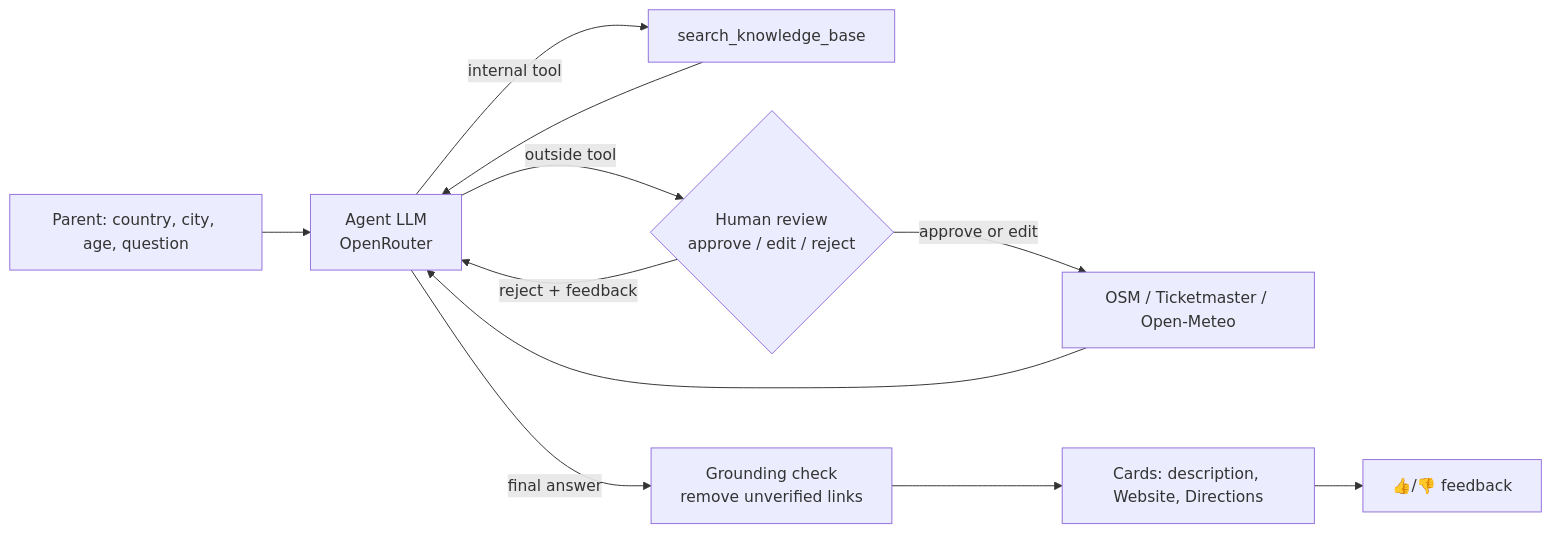
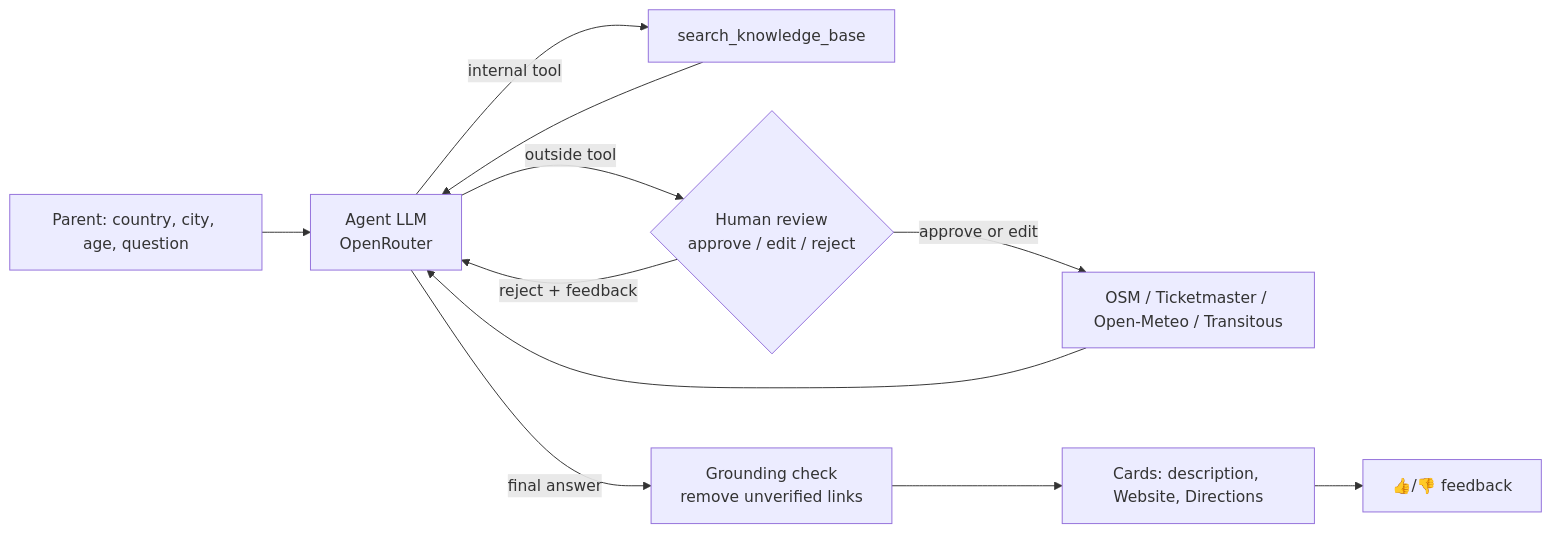
The diagram in README.md (NMH1988/kids-events-finder), drawn with Mermaid before and after one commit. The commit also changed other lines of this file and 43 other files, not shown here.

````diff
--- a/README.md
+++ b/README.md
@@ -28,13 +39,13 @@
 ```mermaid
 flowchart LR
     U[Parent: country, city, age, question] --> A[Agent LLM<br/>OpenRouter]
     A -->|internal tool| KB[search_knowledge_base]
     A -->|outside tool| H{Human review<br/>approve / edit / reject}
-    H -->|approve or edit| T[OSM / Ticketmaster / Open-Meteo]
+    H -->|approve or edit| T[OSM / Ticketmaster / Open-Meteo / Transitous]
     H -->|reject + feedback| A
     KB --> A
     T --> A
     A -->|final answer| G[Grounding check<br/>remove unverified links]
     G --> R[Cards: description, Website, Directions]
     R --> F[👍/👎 feedback]
 ```
````
